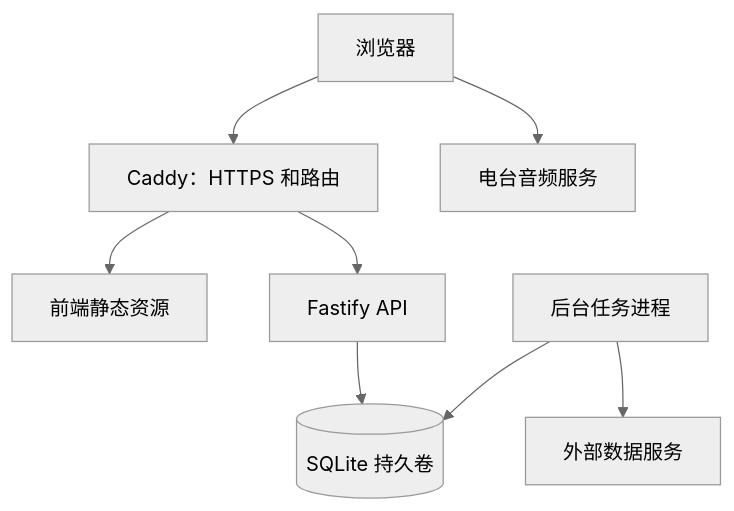
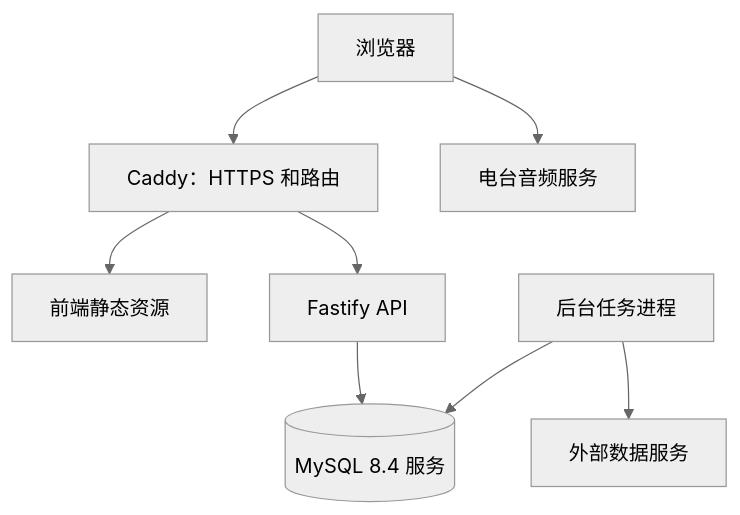
The diagram in docs/architecture/system-design.md (hahaen/hahaen-radio), drawn with Mermaid (neutral theme) before and after one commit. The commit also changed other lines of this file and 26 other files, not shown here.

````diff
--- a/docs/architecture/system-design.md
+++ b/docs/architecture/system-design.md
@@ -20,10 +20,10 @@
 ```mermaid
 flowchart TD
     Browser[浏览器] --> Caddy[Caddy：HTTPS 和路由]
     Caddy --> Static[前端静态资源]
     Caddy --> API[Fastify API]
-    API --> DB[(SQLite 持久卷)]
+    API --> DB[(MySQL 8.4 服务)]
     Jobs[后台任务进程] --> DB
     Jobs --> External[外部数据服务]
     Browser --> Audio[电台音频服务]
 ```
````
